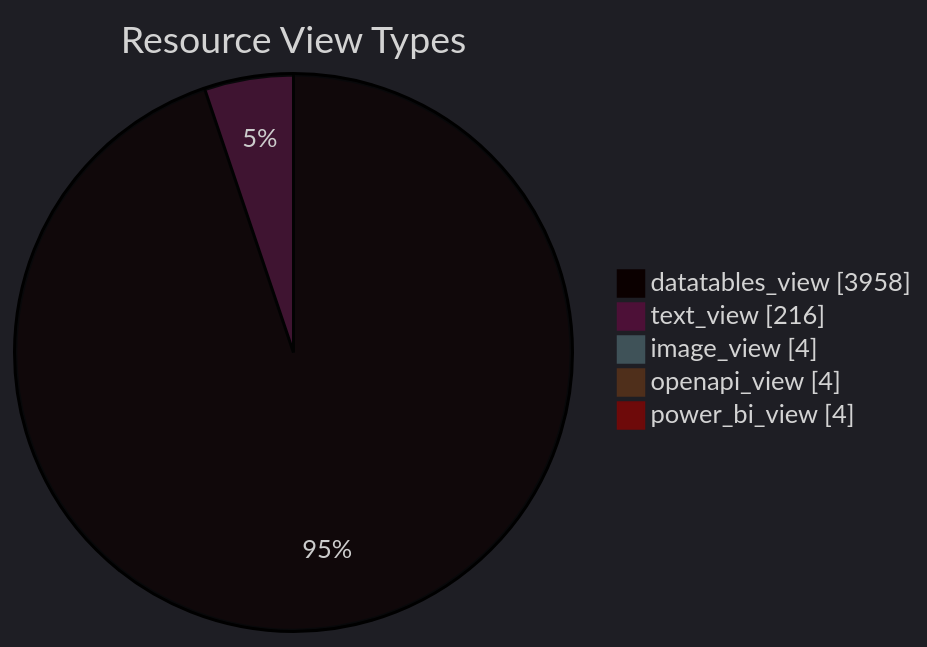
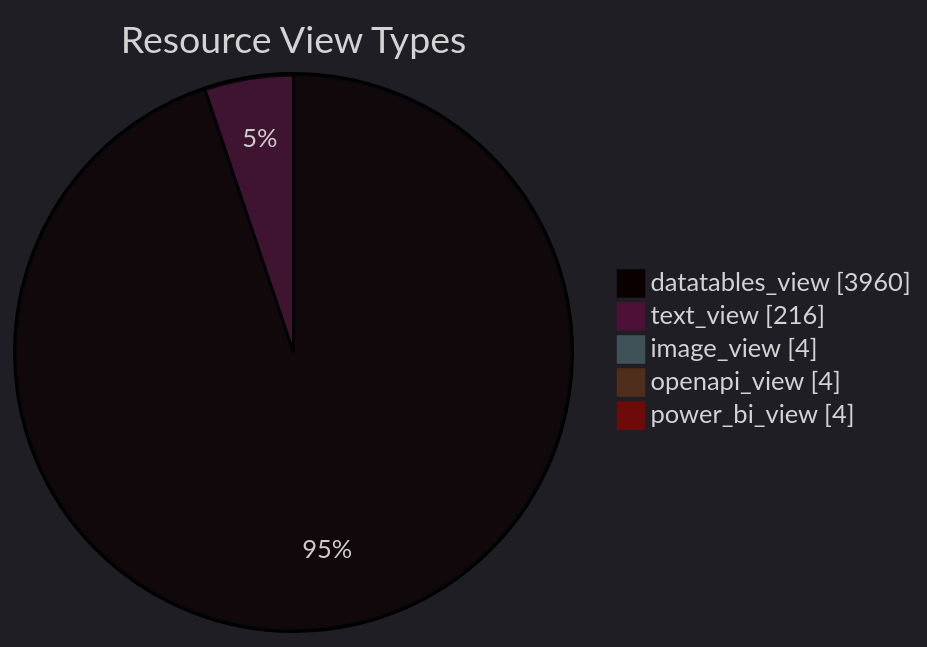
The diagram in datastore_tracker/resource_view_types_pie_chart.md (open-data/analytics-corporate-reporting), drawn with Mermaid before and after one commit. The commit also changed 11 other files, not shown here.

````diff
--- a/datastore_tracker/resource_view_types_pie_chart.md
+++ b/datastore_tracker/resource_view_types_pie_chart.md
@@ -2,12 +2,12 @@
 ```mermaid
 ---
 config:
   theme: dark
 ---
 pie showData title Resource View Types
-    "datatables_view": 3958
+    "datatables_view": 3960
     "text_view": 216
     "image_view": 4
     "openapi_view": 4
     "power_bi_view": 4
 ```
````
